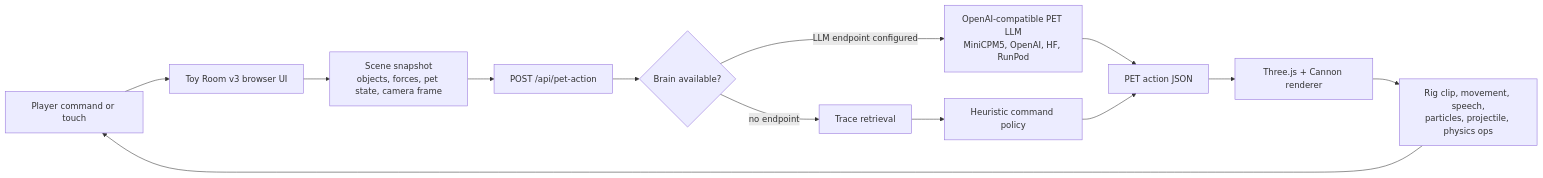
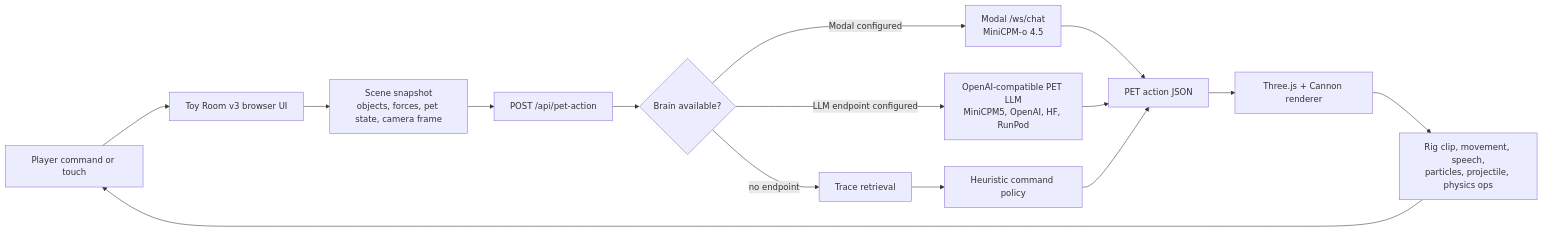
Before and after one commit to sanjuhs/build-small-hackathon-v1: the first of 8 diagrams in docs/virtual-toy-v3-architecture.md, drawn with Mermaid. The commit also changed other lines of this file and 12 other files, not shown here.

Commit message:
feat: route toy v3 brain through Modal MiniCPM

````diff
--- a/docs/virtual-toy-v3-architecture.md
+++ b/docs/virtual-toy-v3-architecture.md
@@ -18,15 +18,17 @@
 ```mermaid
 flowchart LR
   User["Player command or touch"] --> Browser["Toy Room v3 browser UI"]
   Browser --> Snapshot["Scene snapshot\nobjects, forces, pet state, camera frame"]
   Snapshot --> API["POST /api/pet-action"]
   API --> Policy{"Brain available?"}
+  Policy -->|Modal configured| Modal["Modal /ws/chat\nMiniCPM-o 4.5"]
   Policy -->|LLM endpoint configured| LLM["OpenAI-compatible PET LLM\nMiniCPM5, OpenAI, HF, RunPod"]
   Policy -->|no endpoint| Trace["Trace retrieval"]
   Trace --> Heuristic["Heuristic command policy"]
+  Modal --> Action["PET action JSON"]
   LLM --> Action["PET action JSON"]
   Heuristic --> Action
   Action --> Renderer["Three.js + Cannon renderer"]
   Renderer --> Effects["Rig clip, movement, speech,\nparticles, projectile, physics ops"]
   Effects --> User
 ```
````
